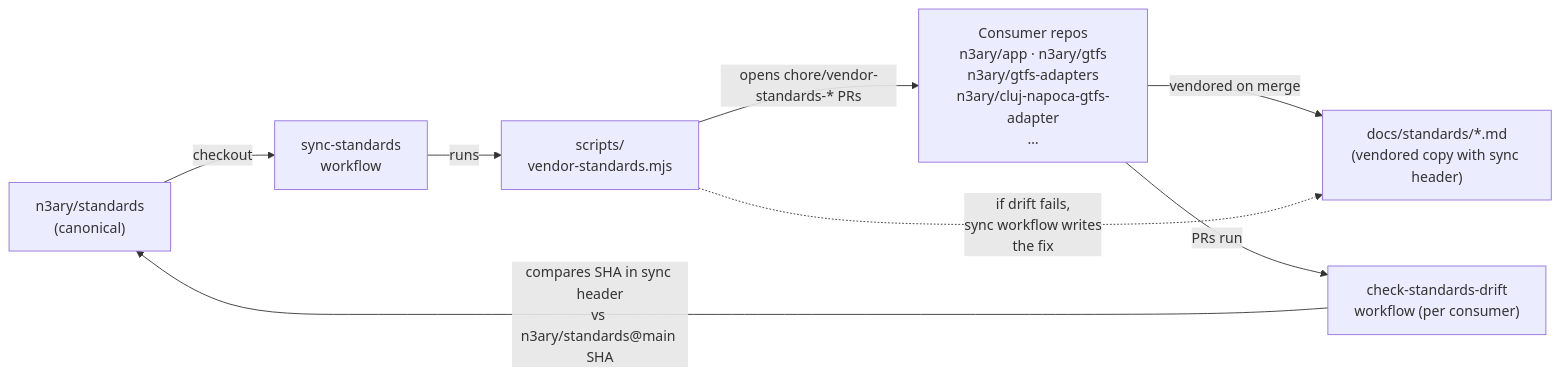
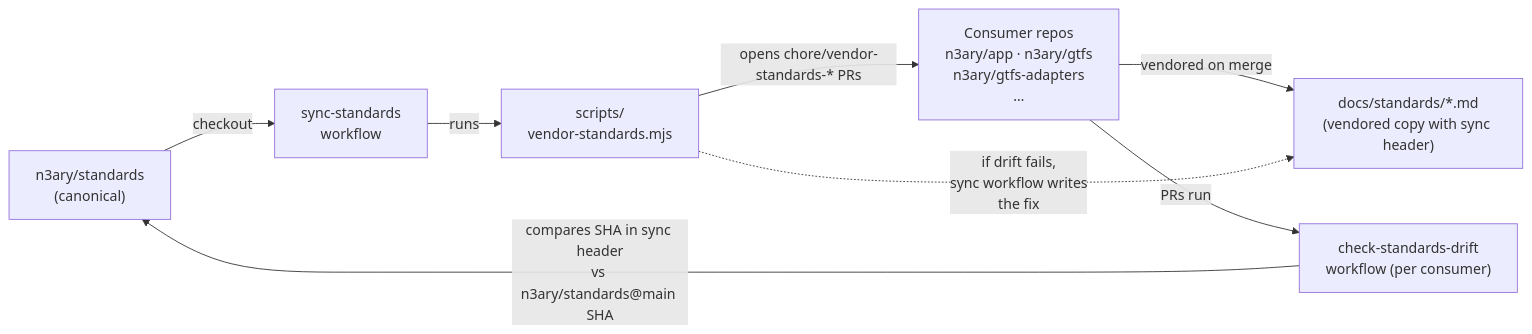
One commit to n3ary/standards changed the diagram in docs/architecture.md. Above: the diagram before and after it, drawn with Mermaid. The commit also changed other lines of this file and 6 other files, not shown here.

First line of the commit message:
docs: replace n3ary/cluj-napoca-gtfs-adapter references with n3ary/gtfs-adapters (#4)

````diff
--- a/docs/architecture.md
+++ b/docs/architecture.md
@@ -10,17 +10,17 @@
 ```mermaid
 flowchart LR
   publisher["n3ary/standards<br/>(canonical)"]
   vendor["scripts/<br/>vendor-standards.mjs"]
   sync["sync-standards<br/>workflow"]
-  consumers["Consumer repos<br/>n3ary/app · n3ary/gtfs<br/>n3ary/gtfs-adapters<br/>n3ary/cluj-napoca-gtfs-adapter<br/>…"]
+  consumers["Consumer repos<br/>n3ary/app · n3ary/gtfs<br/>n3ary/gtfs-adapters<br/>…"]
   drift["check-standards-drift<br/>workflow (per consumer)"]
   vendorDir["docs/standards/*.md<br/>(vendored copy with sync header)"]
 
   publisher -- "checkout" --> sync
   sync -- "runs" --> vendor
   vendor -- "opens chore/vendor-standards-* PRs" --> consumers
   consumers -- "vendored on merge" --> vendorDir
   consumers -- "PRs run" --> drift
   drift -- "compares SHA in sync header<br/>vs n3ary/standards@main SHA" --> publisher
   vendor -. "if drift fails,<br/>sync workflow writes<br/>the fix" .-> vendorDir
 ```
````
